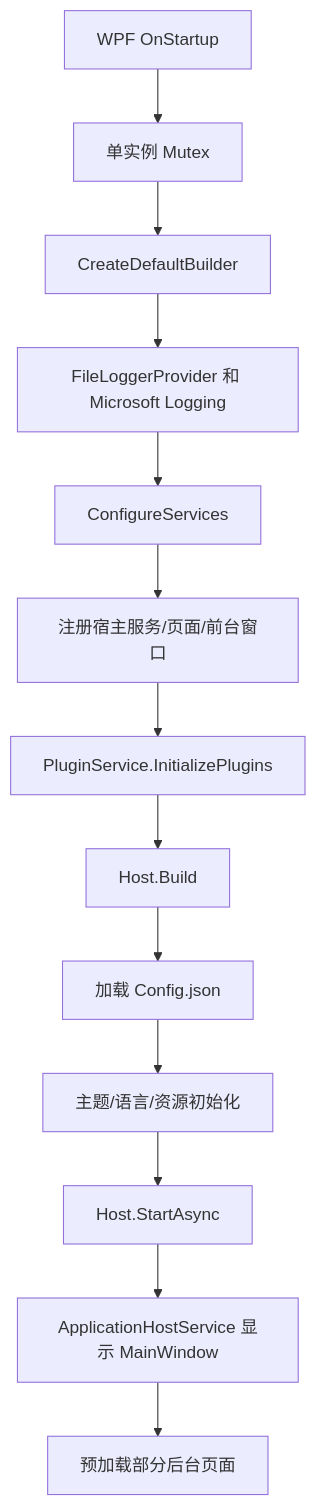
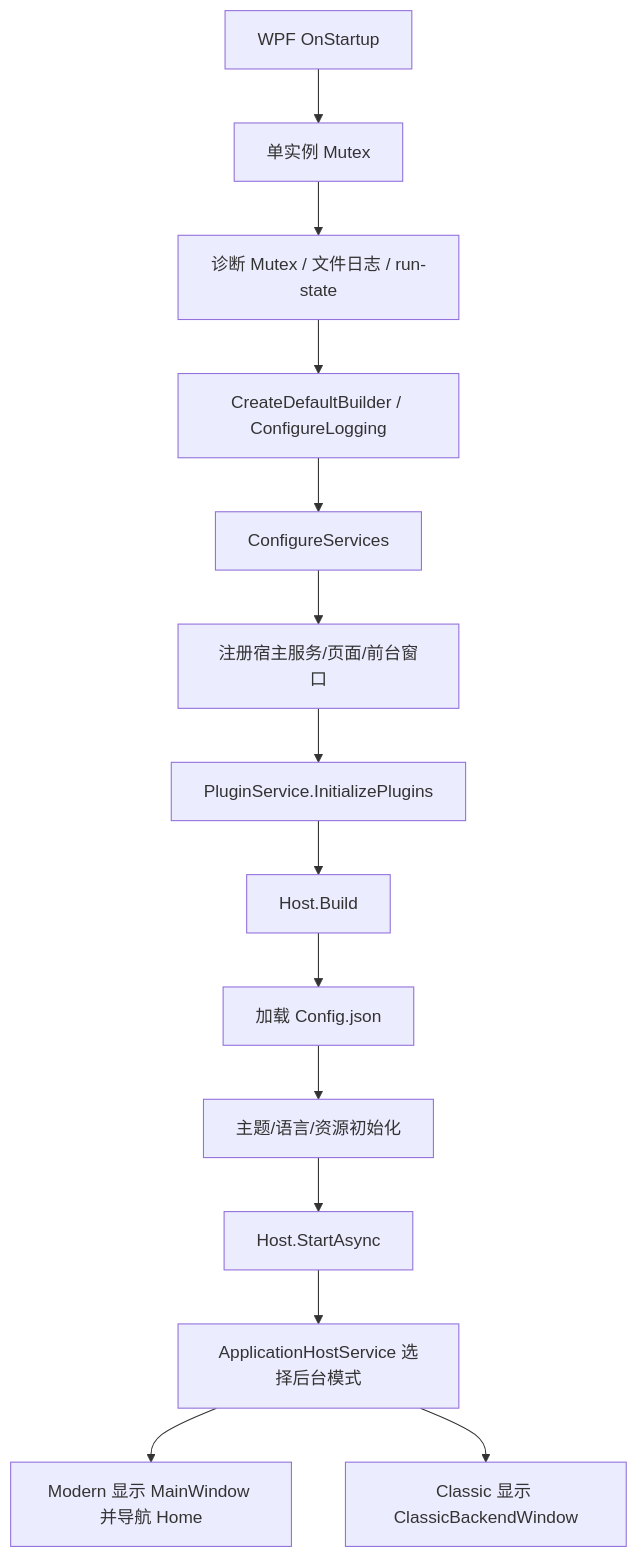
One commit to PLFJY/neo-bpsys-wpf changed the diagram in docs/architecture/runtime-architecture.md. Above: the diagram before and after it, drawn with Mermaid. The commit also changed other lines of this file and 45 other files, not shown here.

````diff
--- a/docs/architecture/runtime-architecture.md
+++ b/docs/architecture/runtime-architecture.md
@@ -33,15 +22,16 @@
 ```mermaid
 flowchart TD
     A[WPF OnStartup] --> B[单实例 Mutex]
-    B --> C[CreateDefaultBuilder]
-    C --> D[FileLoggerProvider 和 Microsoft Logging]
+    B --> C[诊断 Mutex / 文件日志 / run-state]
+    C --> D[CreateDefaultBuilder / ConfigureLogging]
     D --> E[ConfigureServices]
     E --> F[注册宿主服务/页面/前台窗口]
     F --> G[PluginService.InitializePlugins]
     G --> H[Host.Build]
     H --> I[加载 Config.json]
     I --> J[主题/语言/资源初始化]
     J --> K[Host.StartAsync]
-    K --> L[ApplicationHostService 显示 MainWindow]
-    L --> M[预加载部分后台页面]
+    K --> L[ApplicationHostService 选择后台模式]
+    L --> M[Modern 显示 MainWindow 并导航 Home]
+    L --> N[Classic 显示 ClassicBackendWindow]
 ```
````
